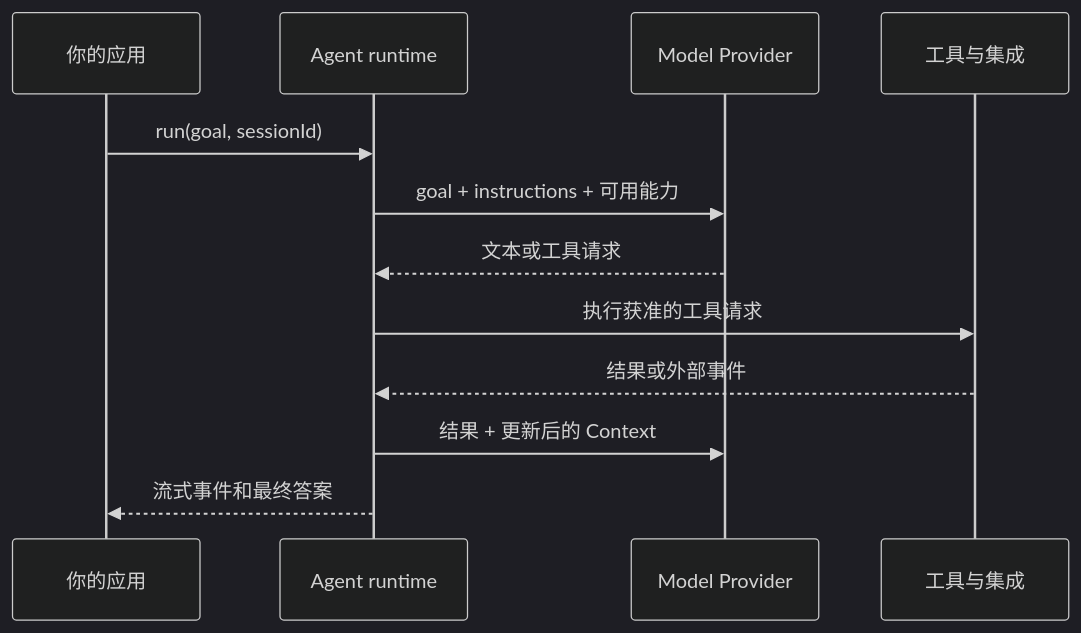
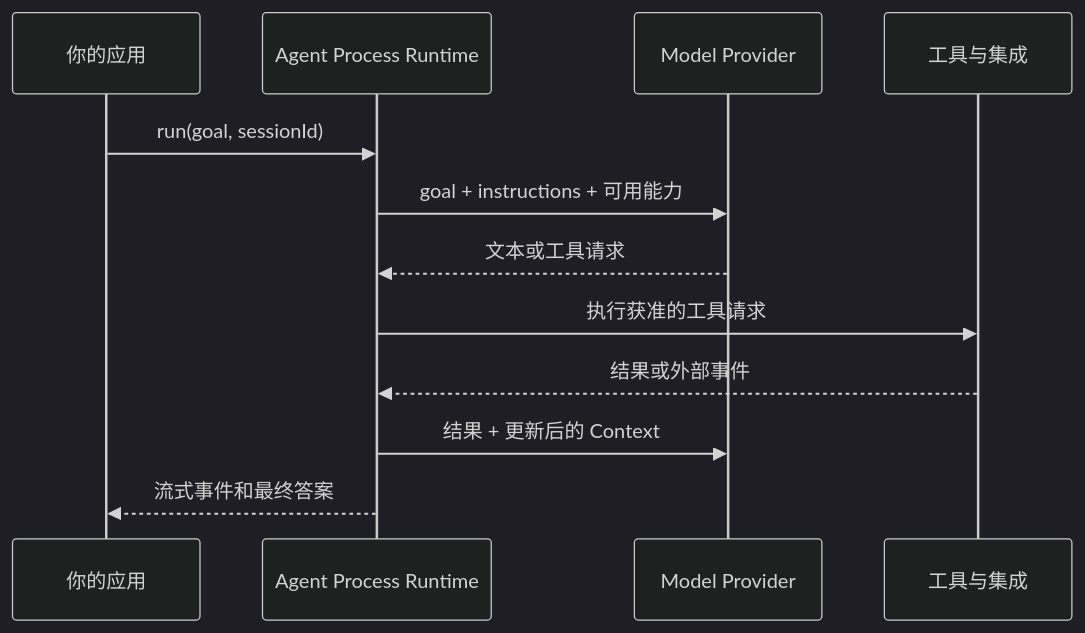
One commit to kongusen/deepstrike changed the diagram in docs/architecture/index.md. Above: the diagram before and after it, drawn with Mermaid (dark theme). The commit also changed other lines of this file and 7 other files, not shown here.

````diff
--- a/docs/architecture/index.md
+++ b/docs/architecture/index.md
@@ -7,15 +9,15 @@
 ```mermaid
 sequenceDiagram
     participant App as 你的应用
-    participant Agent as Agent runtime
+    participant Agent as Agent Process Runtime
     participant Model as Model Provider
     participant Tools as 工具与集成
 
     App->>Agent: run(goal, sessionId)
     Agent->>Model: goal + instructions + 可用能力
     Model-->>Agent: 文本或工具请求
     Agent->>Tools: 执行获准的工具请求
     Tools-->>Agent: 结果或外部事件
     Agent->>Model: 结果 + 更新后的 Context
     Agent-->>App: 流式事件和最终答案
 ```
````
